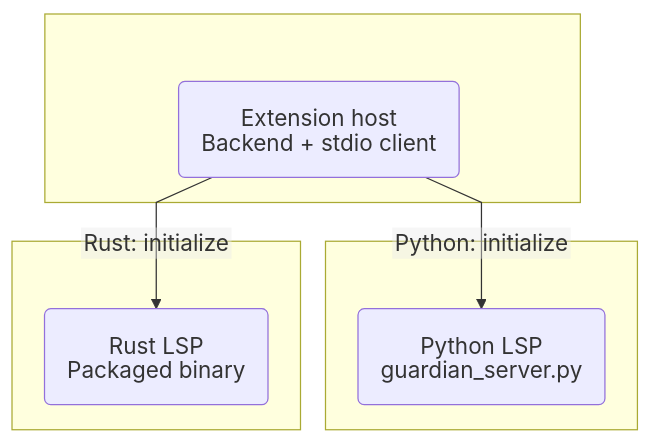
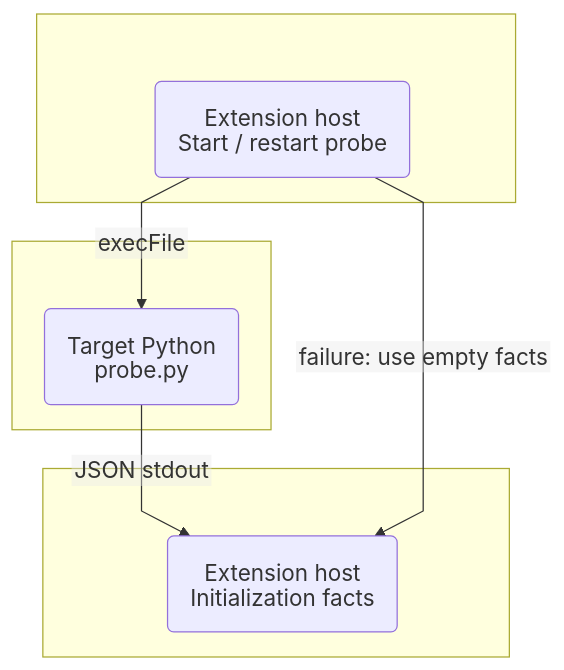
The tenth of 16 diagrams in docs/feature-map.md (AashishTangnami/python-memory-guardian), drawn with Mermaid before and after one commit. The commit also changed other lines of this file and 6 other files, not shown here.

Commit message:
docs: consolidate feature-map diagrams and close source/doc gaps

````diff
--- a/docs/feature-map.md
+++ b/docs/feature-map.md
@@ -415,15 +376,16 @@
 ```mermaid
 %%{init: {"fontFamily":"Arial, sans-serif","themeVariables":{"fontSize":"18px","fontFamily":"Arial, sans-serif"},"flowchart":{"curve":"linear","nodeSpacing":32,"rankSpacing":40,"diagramPadding":8,"padding":18,"subGraphTitleMargin":{"top":10,"bottom":24},"htmlLabels":false},"layout":"dagre","htmlLabels":false,"themeCSS":".node rect, .cluster rect { rx: 10px; ry: 10px; } .label, .nodeLabel, .edgeLabel, .cluster-label { letter-spacing: normal; word-spacing: normal; } .edgeLabel rect { stroke: currentColor !important; stroke-width: 1px !important; stroke-dasharray: none; opacity: 1 !important; fill-opacity: 1; rx: 4px; ry: 4px; }"}}%%
 flowchart TD
-subgraph EXT[" "]
-      Client("Extension host<br/>Backend + stdio client")
+    subgraph IN[" "]
+      Probe("Extension host<br/>Start / restart probe")
     end
-    subgraph PY[" "]
-      Python("Python LSP<br/>guardian_server.py")
+    subgraph TARGET[" "]
+      Facts("Target Python<br/>probe.py")
     end
-    subgraph RS[" "]
-      Rust("Rust LSP<br/>Packaged binary")
+    subgraph OUT[" "]
+      Init("Extension host<br/>Initialization facts")
     end
-    Client -->|Python: initialize| Python
-    Client -->|Rust: initialize| Rust
+    Probe -->|execFile| Facts
+    Facts -->|JSON stdout| Init
+    Probe -->|failure: use empty facts| Init
 ```
````
